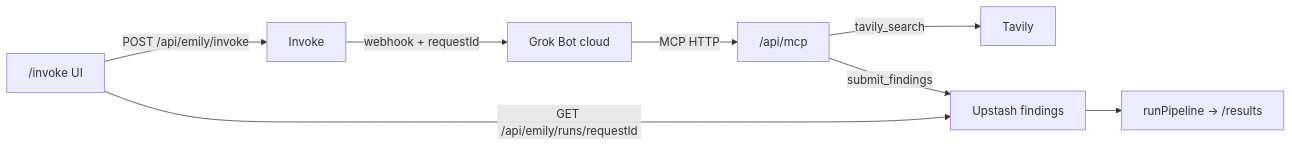
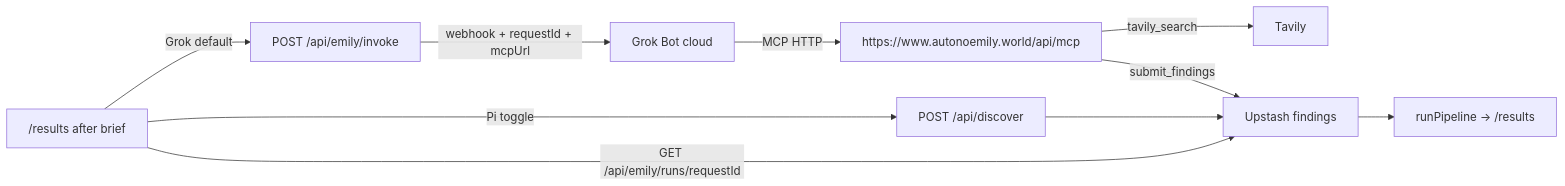
One commit to mbanerjeepalmer/autonomous-emily changed the diagram in docs/SPEC-nextjs-invoke-grok-bot.md. Above: the diagram before and after it, drawn with Mermaid. The commit also changed other lines of this file and 21 other files, not shown here.

First line of the commit message:
Show only live agent findings on results and pass mcpUrl on invoke.

````diff
--- a/docs/SPEC-nextjs-invoke-grok-bot.md
+++ b/docs/SPEC-nextjs-invoke-grok-bot.md
@@ -27,10 +29,12 @@
 ```mermaid
 flowchart LR
-  UI["/invoke UI"] -->|POST /api/emily/invoke| Invoke
-  Invoke -->|webhook + requestId| Bot[Grok Bot cloud]
-  Bot -->|MCP HTTP| MCP["/api/mcp"]
+  UI["/results after brief"] -->|Grok default| Invoke
+  UI -->|Pi toggle| Discover["POST /api/discover"]
+  Invoke["POST /api/emily/invoke"] -->|webhook + requestId + mcpUrl| Bot[Grok Bot cloud]
+  Bot -->|MCP HTTP| MCP["https://www.autonoemily.world/api/mcp"]
   MCP -->|tavily_search| Tavily
   MCP -->|submit_findings| Store[Upstash findings]
+  Discover --> Store
   Store --> Pipeline["runPipeline → /results"]
   UI -->|GET /api/emily/runs/requestId| Store
 ```
````
